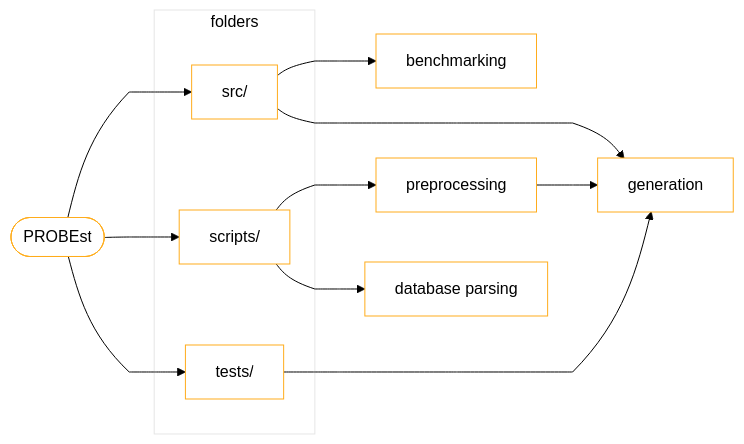
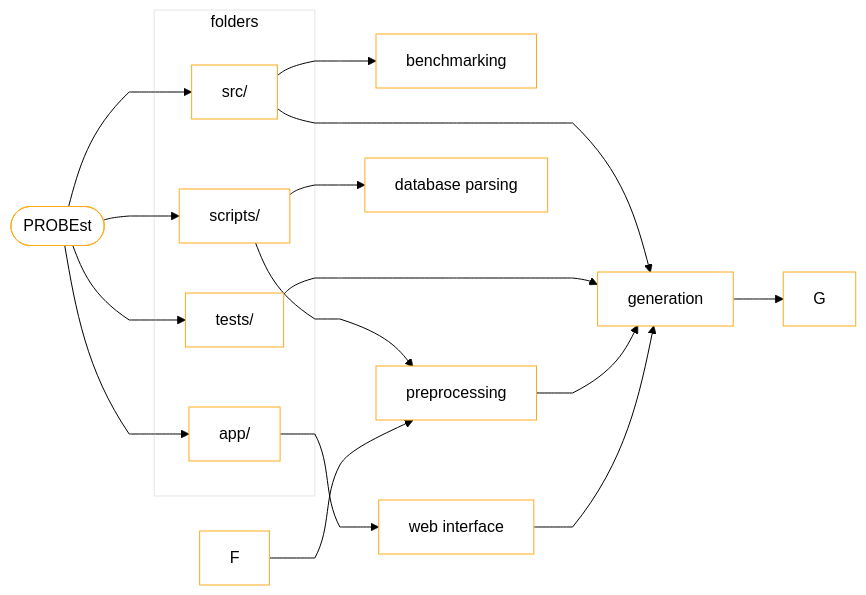
One commit to CTLab-ITMO/PROBEst changed the third of 3 diagrams in README.md. Above: the diagram before and after it, drawn with Mermaid. The commit also changed other lines of this file, not shown here.

Commit message:
Add app information

````diff
--- a/README.md
+++ b/README.md
@@ -236,44 +254,51 @@
 ```mermaid
 ---
 config:
   theme: neutral
   look: classic
 ---
 %%{init: {
   'theme': 'base',
   'themeVariables': {
     'fontFamily': 'arial',
     'fontSize': '16px',
     'primaryColor': '#fff',
     'primaryBorderColor': '#FFAC1C',
     'primaryTextColor': '#000',
     'lineColor': '#000',
     'secondaryColor': '#90EE90',
     'tertiaryColor': '#fff',
     'subgraphBorderStyle': 'dotted'
   },
   'flowchart': {
     'curve': 'monotoneY',
     'padding': 15
   }
 }}%%
 
 graph LR
     PROBEst([PROBEst]) --> src[src/]
     PROBEst --> scripts[scripts/]
     PROBEst --> tests[tests/]
+    PROBEst --> app[app/]
 
     subgraph folders
     src
     scripts
     tests
+    app
     end
     
     src --> C[benchmarking]
     src --> A[generation]
     tests --> A
     
     scripts --> D[preprocessing]
     scripts --> B[database parsing]
     D --> A
+    
+    app --> E[web interface]
+    E --> A
+    F --> D
+    A --> G
 ```
````
